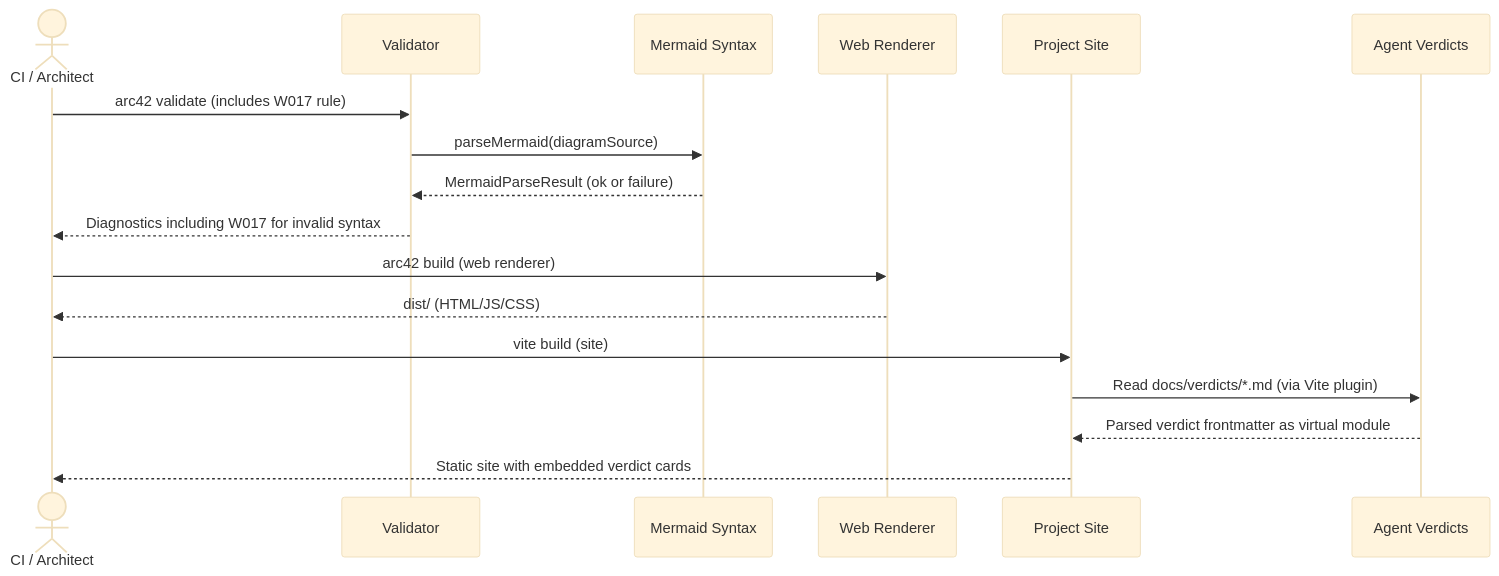
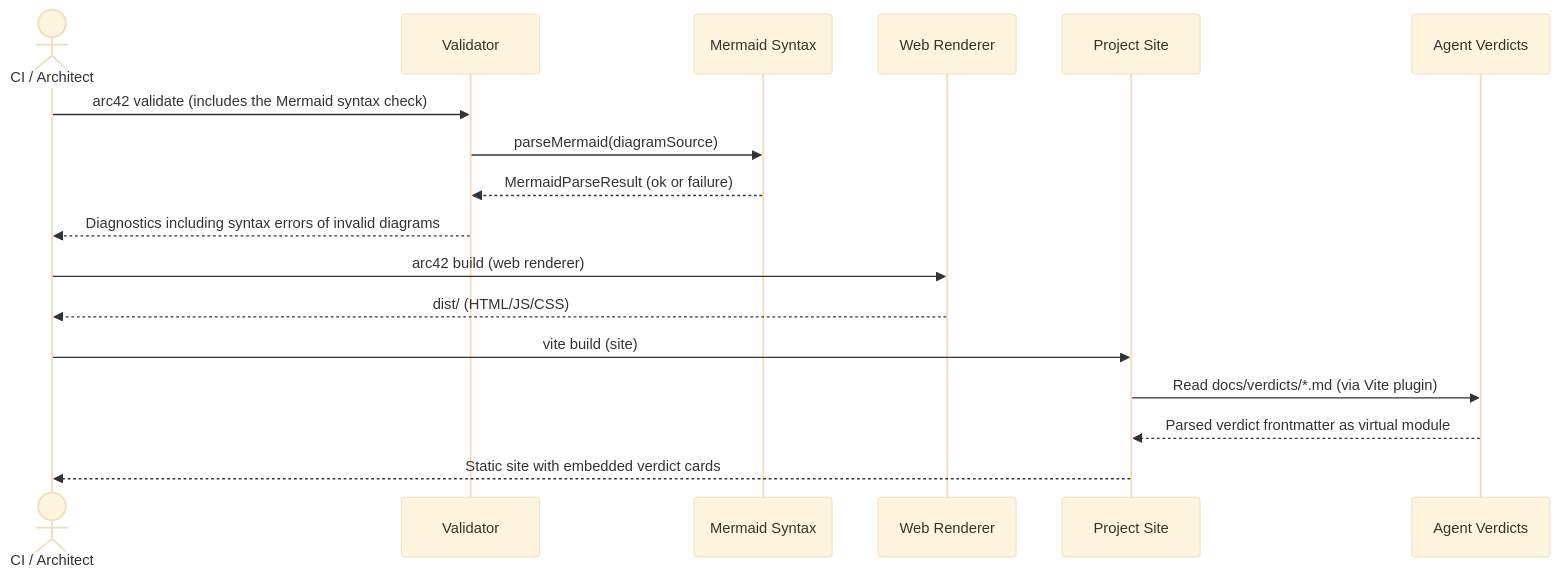
One commit to docToolchain/arc42-language changed the fourth of 7 diagrams in docs/arc42/06-runtime-view.arc42.md. Above: the diagram before and after it, drawn with Mermaid (base theme). The commit also changed other lines of this file and 37 other files, not shown here.

````diff
--- a/docs/arc42/06-runtime-view.arc42.md
+++ b/docs/arc42/06-runtime-view.arc42.md
@@ -209,22 +209,22 @@
 ```mermaid
 sequenceDiagram
     actor actor_ci as CI / Architect
     participant bb_validator as Validator
     participant bb_mermaid as Mermaid Syntax
     participant bb_web_renderer as Web Renderer
     participant bb_site as Project Site
     participant bb_verdicts as Agent Verdicts
 
-    actor_ci->>bb_validator: arc42 validate (includes W017 rule)
+    actor_ci->>bb_validator: arc42 validate (includes the Mermaid syntax check)
     bb_validator->>bb_mermaid: parseMermaid(diagramSource)
     bb_mermaid-->>bb_validator: MermaidParseResult (ok or failure)
-    bb_validator-->>actor_ci: Diagnostics including W017 for invalid syntax
+    bb_validator-->>actor_ci: Diagnostics including syntax errors of invalid diagrams
 
     actor_ci->>bb_web_renderer: arc42 build (web renderer)
     bb_web_renderer-->>actor_ci: dist/ (HTML/JS/CSS)
 
     actor_ci->>bb_site: vite build (site)
     bb_site->>bb_verdicts: Read docs/verdicts/*.md (via Vite plugin)
     bb_verdicts-->>bb_site: Parsed verdict frontmatter as virtual module
     bb_site-->>actor_ci: Static site with embedded verdict cards
 ```
````
